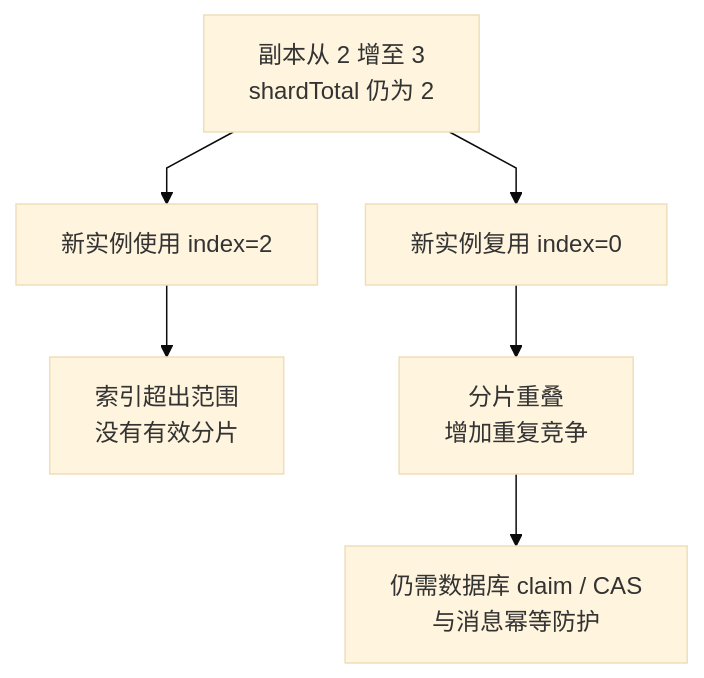
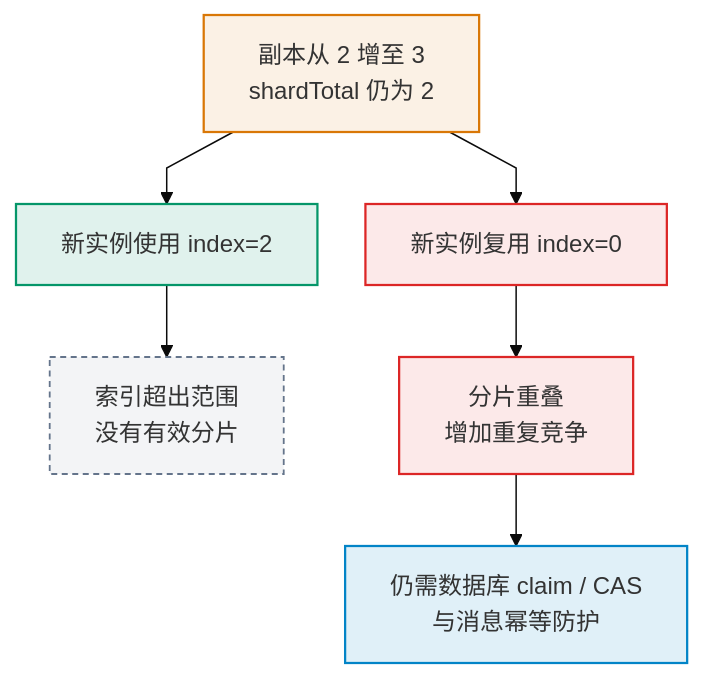
The fourth of 5 diagrams in docs/runbook/autoscaling-strategy.md (pinpols/file-batch-system), drawn with Mermaid (base theme) before and after one commit. The commit also changed other lines of this file and 34 other files, not shown here.

First line of the commit message:
docs(diagram): 完成 P3 Mermaid 图样式收口并补充制图规范 (#1390)

````diff
--- a/docs/runbook/autoscaling-strategy.md
+++ b/docs/runbook/autoscaling-strategy.md
@@ -73,9 +83,15 @@
 ```mermaid
 %%{init: {"flowchart":{"curve":"linear","nodeSpacing":32,"rankSpacing":48},"sequence":{"mirrorActors":false}}}%%
 flowchart TB
-  SCALE["副本从 2 增至 3<br/>shardTotal 仍为 2"] --> UNIQUE["新实例使用 index=2"]
-  SCALE --> DUP["新实例复用 index=0"]
-  UNIQUE --> EMPTY["索引超出范围<br/>没有有效分片"]
-  DUP --> OVERLAP["分片重叠<br/>增加重复竞争"]
-  OVERLAP --> FENCE["仍需数据库 claim / CAS<br/>与消息幂等防护"]
+  SCALE["副本从 2 增至 3<br/>shardTotal 仍为 2"]:::wait --> UNIQUE["新实例使用 index=2"]:::ok
+  SCALE --> DUP["新实例复用 index=0"]:::fail
+  UNIQUE --> EMPTY["索引超出范围<br/>没有有效分片"]:::muted
+  DUP --> OVERLAP["分片重叠<br/>增加重复竞争"]:::fail
+  OVERLAP --> FENCE["仍需数据库 claim / CAS<br/>与消息幂等防护"]:::control
+
+  classDef control fill:#0284c71f,stroke:#0284c7,stroke-width:1.5px
+  classDef ok fill:#0596691f,stroke:#059669,stroke-width:1.5px
+  classDef fail fill:#dc26261a,stroke:#dc2626,stroke-width:1.5px
+  classDef wait fill:#d977061a,stroke:#d97706,stroke-width:1.5px
+  classDef muted fill:#64748b14,stroke:#64748b,stroke-width:1.2px,stroke-dasharray:4 3
 ```
````
